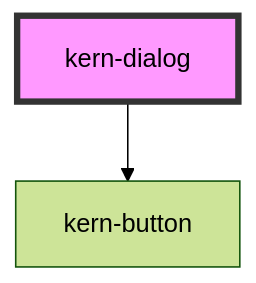
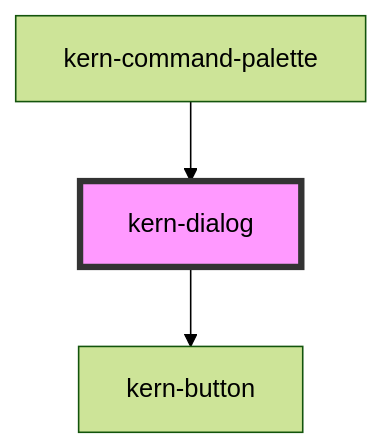
The diagram in src/components/kern-dialog/readme.md (yfridelance/kern), drawn with Mermaid (forest theme) before and after one commit. The commit also changed other lines of this file and 20 other files, not shown here.

First line of the commit message:
kern-command-palette: Seiten, Geräte und Aktionen per Tastatur finden

````diff
--- a/src/components/kern-dialog/readme.md
+++ b/src/components/kern-dialog/readme.md
@@ -207,5 +212,6 @@
 ```mermaid
 graph TD;
   kern-dialog --> kern-button
+  kern-command-palette --> kern-dialog
   style kern-dialog fill:#f9f,stroke:#333,stroke-width:4px
 ```
````
